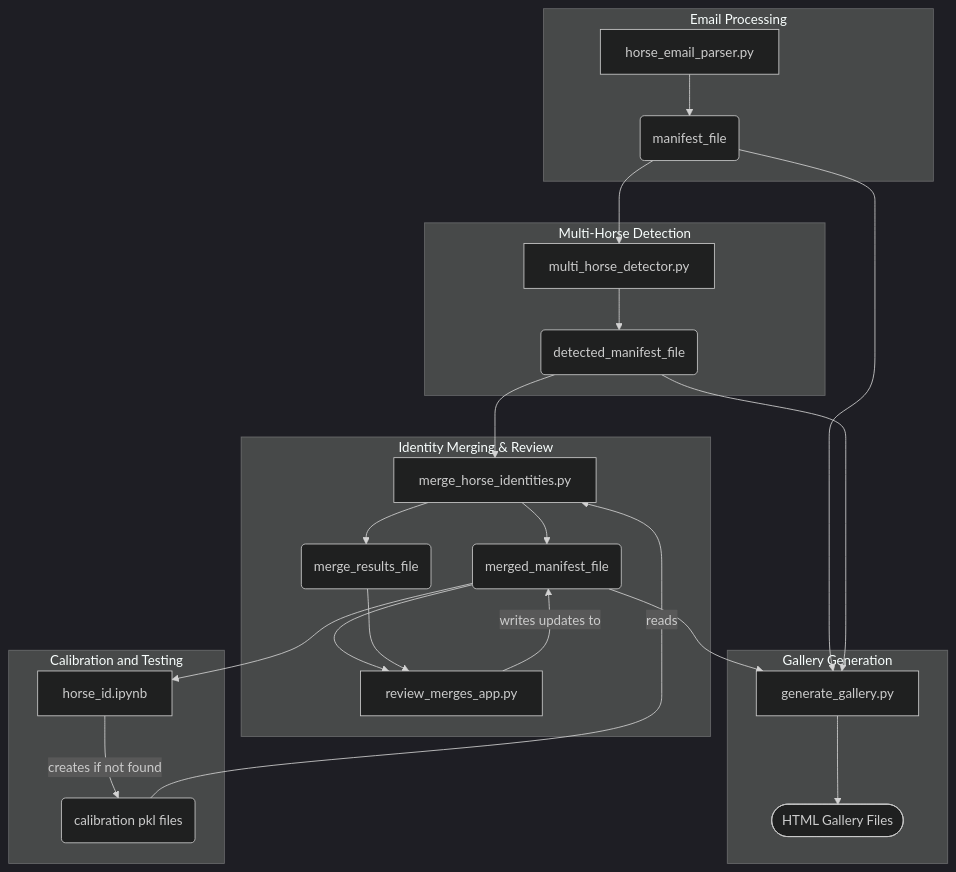
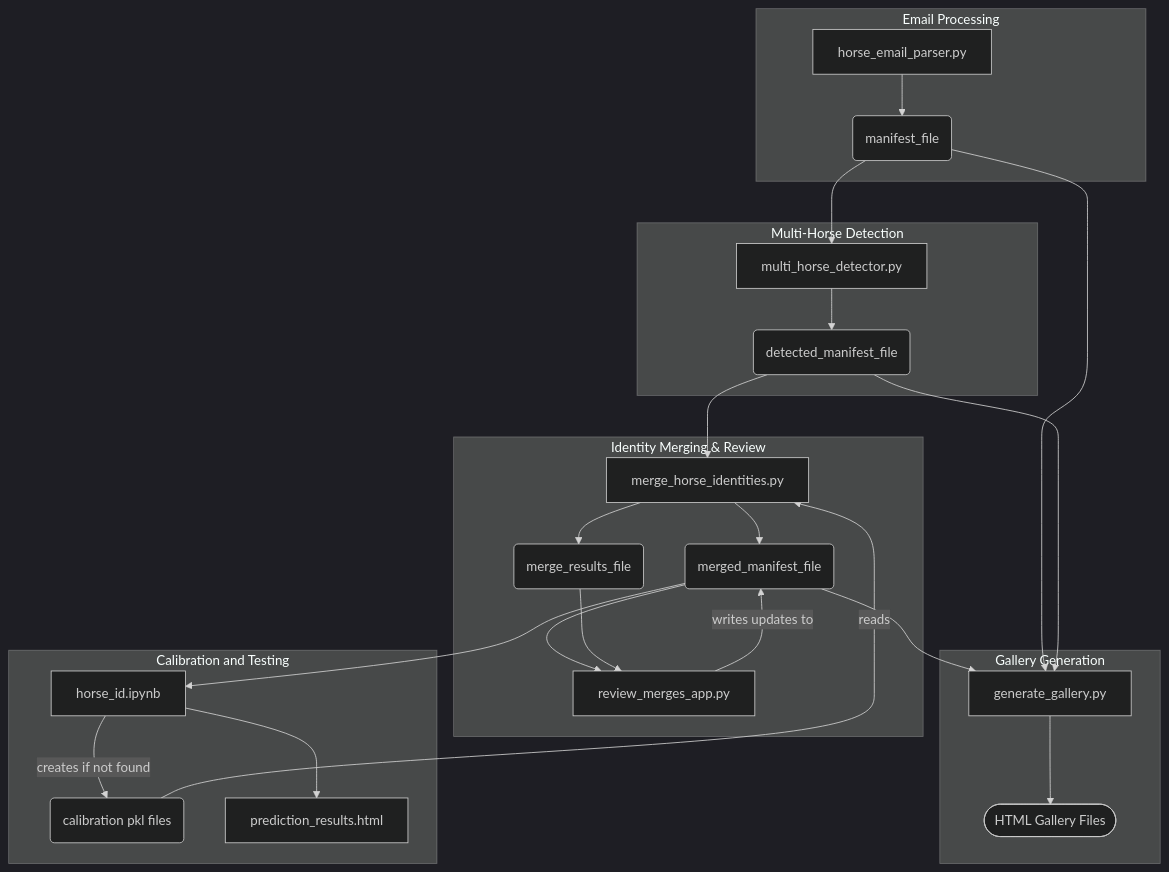
One commit to dlleigh/horse-id changed the diagram in README.md. Above: the diagram before and after it, drawn with Mermaid (dark theme). The commit also changed other lines of this file and 1 other file, not shown here.

Commit message:
improve prediction results visualization

````diff
--- a/README.md
+++ b/README.md
@@ -183,34 +184,35 @@
 ```mermaid
 graph TD
     subgraph "Email Processing"
         email_parser["horse_email_parser.py"] --> manifest_base("manifest_file")
     end
 
     subgraph "Multi-Horse Detection"
         manifest_base --> detector["multi_horse_detector.py"]
         detector --> manifest_detected("detected_manifest_file")
     end
 
     subgraph "Identity Merging & Review"
         manifest_detected --> merger["merge_horse_identities.py"]
         merger --> manifest_merged("merged_manifest_file")
         merger --> merge_log("merge_results_file")
         manifest_merged --> reviewer["review_merges_app.py"]
         merge_log --> reviewer
         reviewer -- "writes updates to" --> manifest_merged
     end
 
     subgraph "Gallery Generation"
         manifest_base --> gallery_gen["generate_gallery.py"]
         manifest_detected --> gallery_gen
         manifest_merged --> gallery_gen
         gallery_gen --> html_galleries([HTML Gallery Files])
     end
 
     subgraph "Calibration and Testing"
         manifest_merged --> calibration["horse_id.ipynb"]
         calibration -- "creates if not found" --> calibration_files(calibration pkl files)
         calibration_files -- "reads" --> merger
+        calibration --> prediction_results["prediction_results.html"]
     end
 
 ```
````
